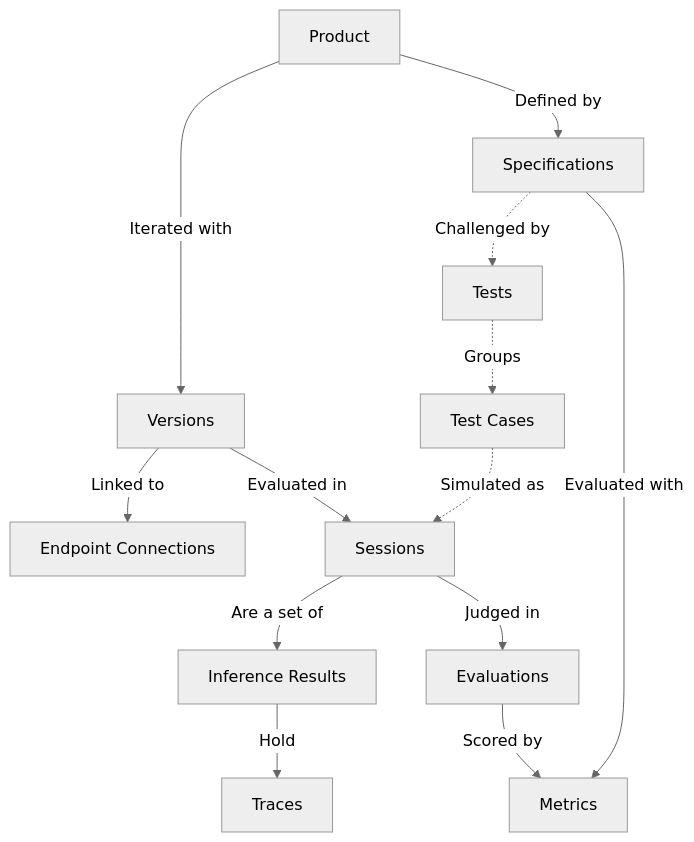
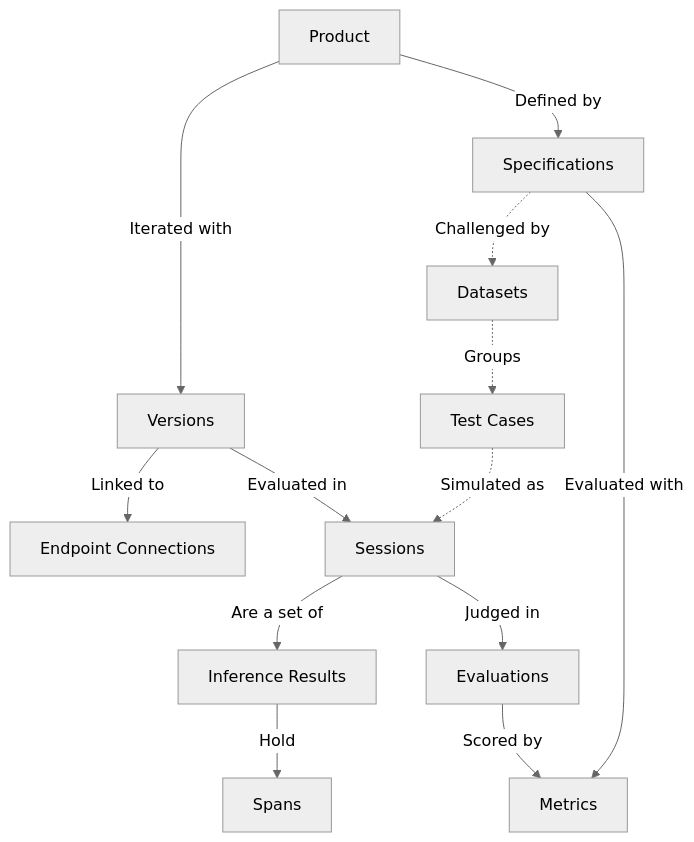
Before and after one commit to Galtea-AI/docs: the diagram in concepts/overview.mdx, drawn with Mermaid. The commit also changed other lines of this file and 183 other files, not shown here.

````diff
--- a/concepts/overview.mdx
+++ b/concepts/overview.mdx
@@ -24,29 +24,29 @@
 ```mermaid
 %%{init: {"theme": "neutral"}}%%
 flowchart TD
     P[Product]
-    T[Tests]
+    T[Datasets]
     Spec[Specifications]
     V[Versions]
     EC[Endpoint Connections]
     TC[Test Cases]
     S[Sessions]
-    Tr[Traces]
+    Sp[Spans]
     IR[Inference Results]
     E[Evaluations]
     M[Metrics]
 
     P --> |Defined by| Spec
     Spec -.-> |Challenged by| T
     T -.-> |Groups| TC
     TC -.-> |Simulated as| S
     S --> |Are a set of| IR
-    IR --> |Hold| Tr
+    IR --> |Hold| Sp
     S --> |Judged in| E
     Spec --> |Evaluated with| M
     E --> |Scored by| M
 
     P --> |Iterated with| V
     V --> |Linked to| EC
     V --> |Evaluated in| S
 ```
````
